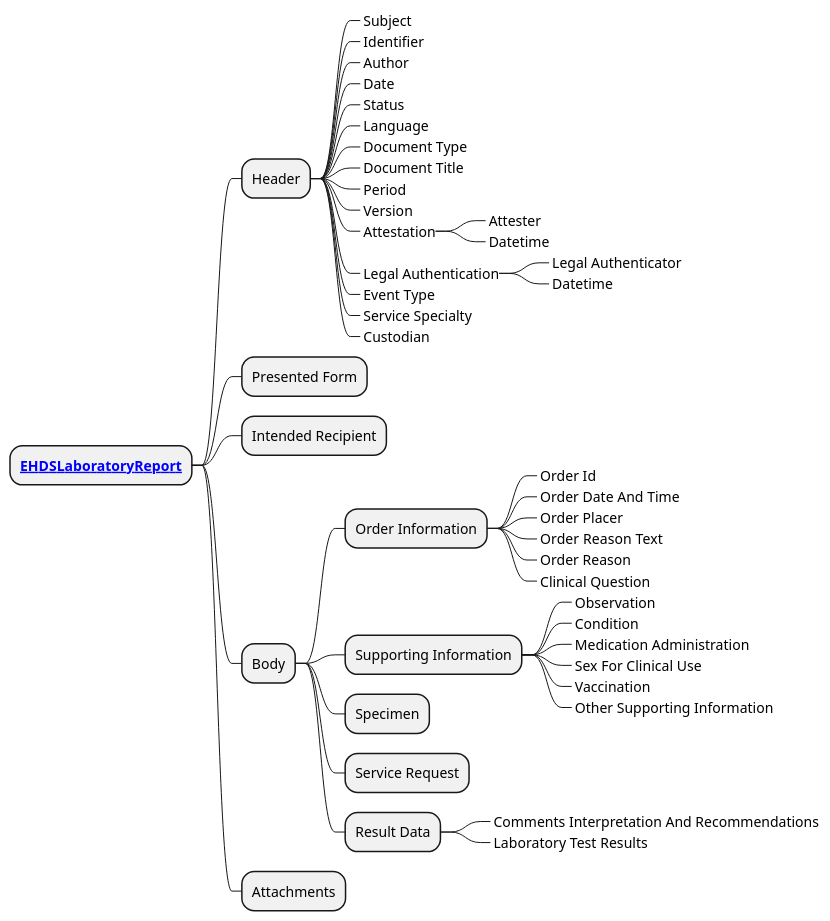
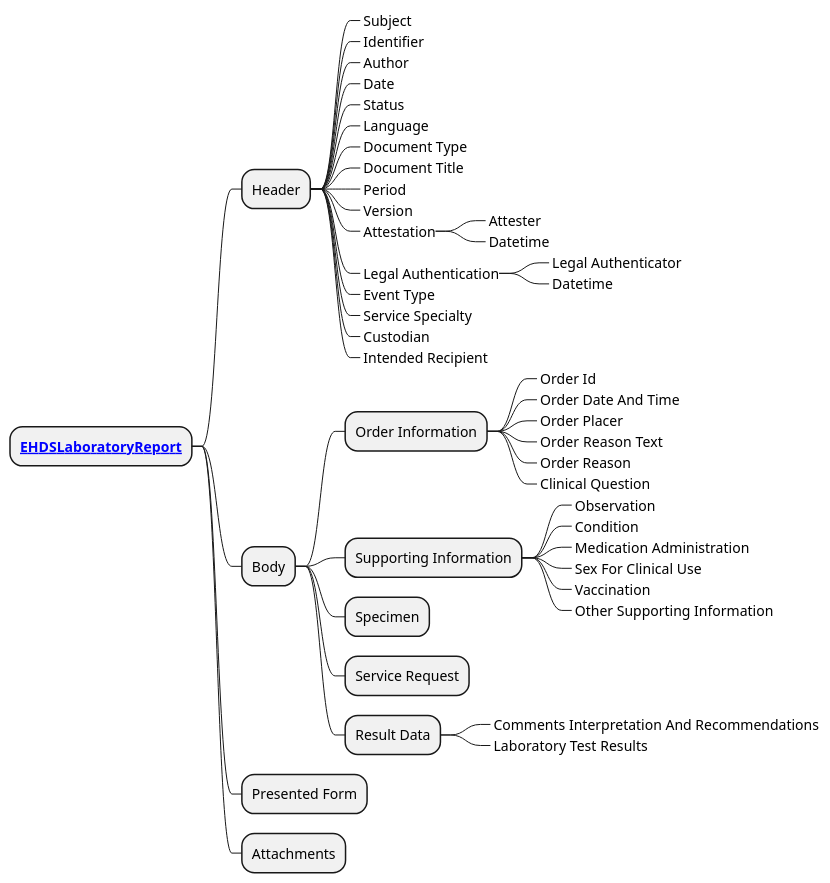
Before and after one commit to Xt-EHR/xt-ehr-common: the diagram in input/images-source/labReport_CIM.plantuml, drawn with PlantUML.

Commit message:
Update labReport_CIM.plantuml
update of the conceptual model

```diff
--- a/input/images-source/labReport_CIM.plantuml
+++ b/input/images-source/labReport_CIM.plantuml
@@ -1,48 +1,48 @@
 @startmindmap
 skinparam topurl StructureDefinition-
 
 * **[[EHDSLaboratoryReport.html EHDSLaboratoryReport]]**
 ** Header
 ***_ Subject
 ***_ Identifier
 ***_ Author
 ***_ Date
 ***_ Status
 ***_ Language
 ***_ Document Type
 ***_ Document Title
 ***_ Period
 ***_ Version
 ***_ Attestation
 ****_ Attester
 ****_ Datetime
 ***_ Legal Authentication
 ****_ Legal Authenticator
 ****_ Datetime
 ***_ Event Type
 ***_ Service Specialty
 ***_ Custodian
-** Presented Form
-** Intended Recipient
+***_ Intended Recipient
 ** Body
 *** Order Information
 ****_ Order Id
 ****_ Order Date And Time
 ****_ Order Placer
 ****_ Order Reason Text
 ****_ Order Reason
 ****_ Clinical Question
 *** Supporting Information
 ****_ Observation
 ****_ Condition
 ****_ Medication Administration
 ****_ Sex For Clinical Use
 ****_ Vaccination
 ****_ Other Supporting Information
 *** Specimen
 *** Service Request
 *** Result Data
 ****_ Comments Interpretation And Recommendations
 ****_ Laboratory Test Results
+** Presented Form
 ** Attachments
 @endmindmap
```
